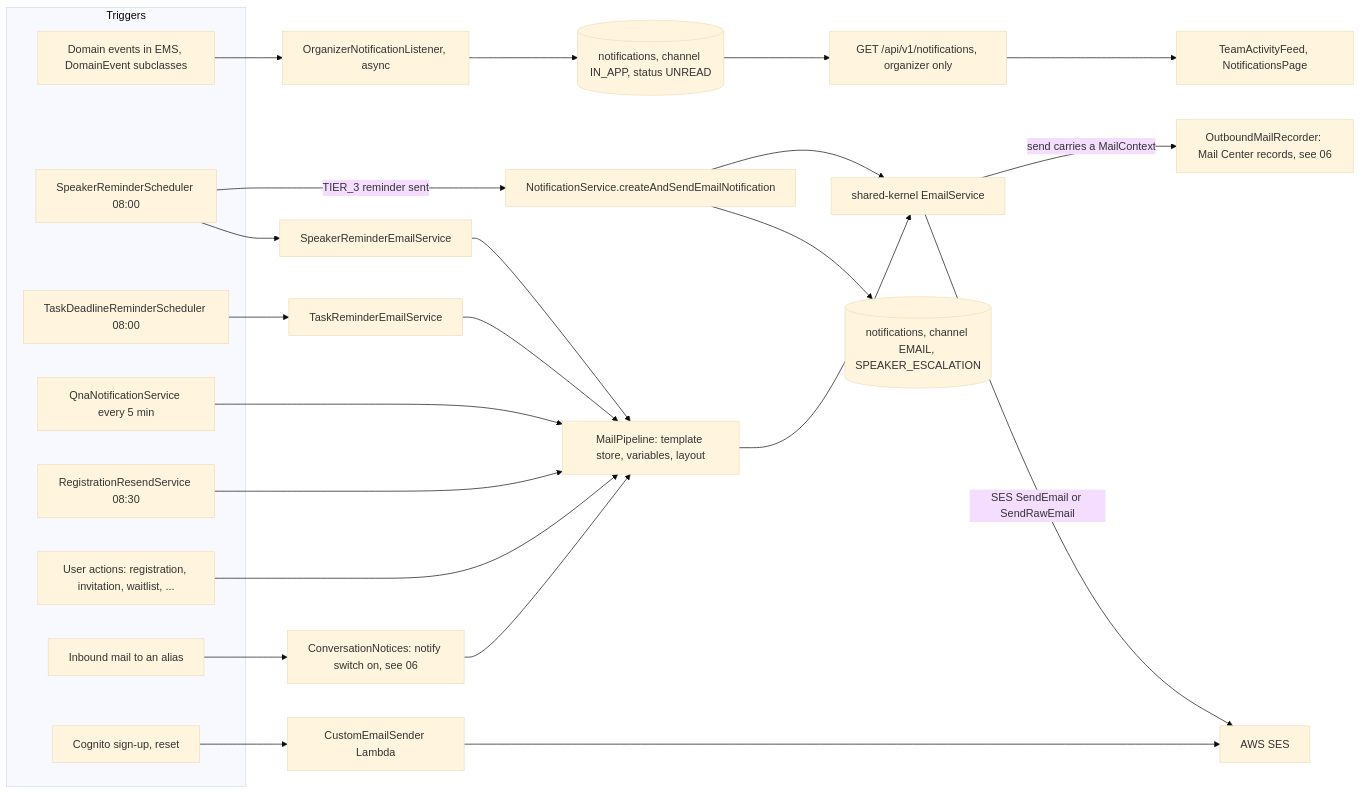
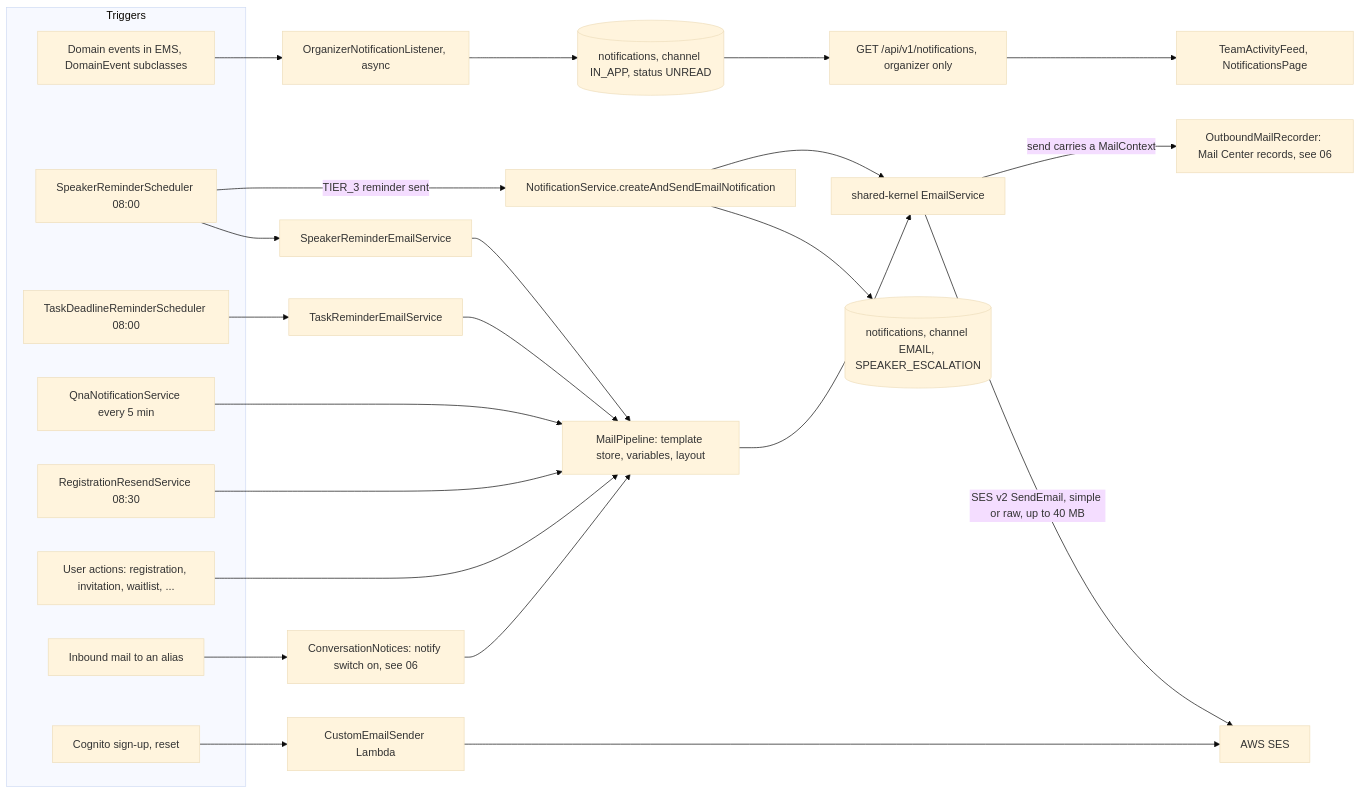
One commit to nissimbuchs/BATbern2 changed the first of 6 diagrams in docs/architecture/06d-notification-system.md. Above: the diagram before and after it, drawn with Mermaid (base theme). The commit also changed other lines of this file and 351 other files, not shown here.

````diff
--- a/docs/architecture/06d-notification-system.md
+++ b/docs/architecture/06d-notification-system.md
@@ -23,33 +23,33 @@
 ```mermaid
 flowchart LR
     subgraph Triggers
         DE["Domain events in EMS, DomainEvent subclasses"]
         SR["SpeakerReminderScheduler 08:00"]
         TR["TaskDeadlineReminderScheduler 08:00"]
         QN["QnaNotificationService every 5 min"]
         RR["RegistrationResendService 08:30"]
         REG["User actions: registration, invitation, waitlist, ..."]
         INB["Inbound mail to an alias"]
         COGT["Cognito sign-up, reset"]
     end
     DE --> ONL["OrganizerNotificationListener, async"]
     ONL --> NT[("notifications, channel IN_APP, status UNREAD")]
     NT --> REST["GET /api/v1/notifications, organizer only"]
     REST --> FEED["TeamActivityFeed, NotificationsPage"]
     SR --> SRE["SpeakerReminderEmailService"]
     SR -->|"TIER_3 reminder sent"| NS["NotificationService.createAndSendEmailNotification"]
     NS --> NTE[("notifications, channel EMAIL, SPEAKER_ESCALATION")]
     TR --> TRE["TaskReminderEmailService"]
     QN --> MP
     RR --> MP
     REG --> MP
     SRE --> MP["MailPipeline: template store, variables, layout"]
     TRE --> MP
     INB --> CN["ConversationNotices: notify switch on, see 06"]
     CN --> MP
     MP --> ES["shared-kernel EmailService"]
     NS --> ES
-    ES -->|"SES SendEmail or SendRawEmail"| SES["AWS SES"]
+    ES -->|"SES v2 SendEmail, simple or raw, up to 40 MB"| SES["AWS SES"]
     ES -->|"send carries a MailContext"| REC["OutboundMailRecorder: Mail Center records, see 06"]
     COGT --> CES["CustomEmailSender Lambda"] --> SES
 ```
````
